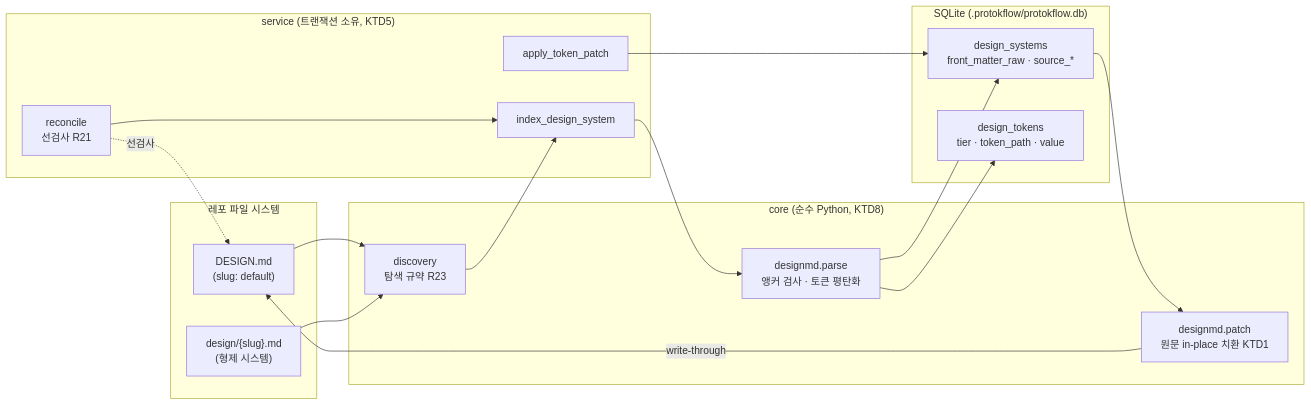
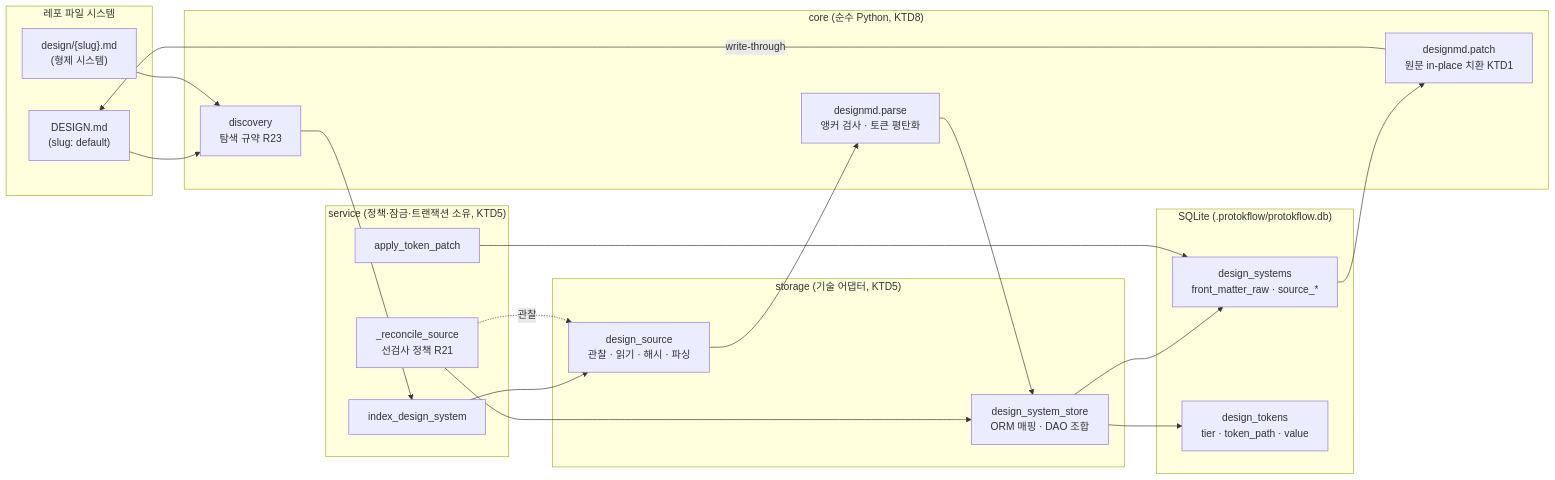
The first of 2 diagrams in docs/plans/2026-08-24-1252-feat-designmd-storage-layer-plan.md (JongSeonKim/protokflow), drawn with Mermaid before and after one commit. The commit also changed other lines of this file and 6 other files, not shown here.

````diff
--- a/docs/plans/2026-08-24-1252-feat-designmd-storage-layer-plan.md
+++ b/docs/plans/2026-08-24-1252-feat-designmd-storage-layer-plan.md
@@ -156,36 +156,43 @@
 ```mermaid
 flowchart LR
     subgraph FS["레포 파일 시스템"]
         ROOT["DESIGN.md<br/>(slug: default)"]
         SIB["design/{slug}.md<br/>(형제 시스템)"]
     end
 
     subgraph CORE["core (순수 Python, KTD8)"]
         DISC["discovery<br/>탐색 규약 R23"]
         PARSE["designmd.parse<br/>앵커 검사 · 토큰 평탄화"]
         PATCH["designmd.patch<br/>원문 in-place 치환 KTD1"]
     end
 
-    subgraph SVC["service (트랜잭션 소유, KTD5)"]
+    subgraph SVC["service (정책·잠금·트랜잭션 소유, KTD5)"]
         IDX["index_design_system"]
-        REC["reconcile<br/>선검사 R21"]
+        REC["_reconcile_source<br/>선검사 정책 R21"]
         WT["apply_token_patch"]
+    end
+
+    subgraph STORE["storage (기술 어댑터, KTD5)"]
+        SOURCE["design_source<br/>관찰 · 읽기 · 해시 · 파싱"]
+        DSSTORE["design_system_store<br/>ORM 매핑 · DAO 조합"]
     end
 
     subgraph DB["SQLite (.protokflow/protokflow.db)"]
         DS["design_systems<br/>front_matter_raw · source_*"]
         DT["design_tokens<br/>tier · token_path · value"]
     end
 
     ROOT --> DISC
     SIB --> DISC
     DISC --> IDX
-    IDX --> PARSE
-    PARSE --> DS
-    PARSE --> DT
-    REC -.선검사.-> ROOT
-    REC --> IDX
+    IDX --> SOURCE
+    SOURCE --> PARSE
+    PARSE --> DSSTORE
+    DSSTORE --> DS
+    DSSTORE --> DT
+    REC -.관찰.-> SOURCE
+    REC --> DSSTORE
     WT --> DS
     DS --> PATCH
     PATCH -->|write-through| ROOT
 ```
````
